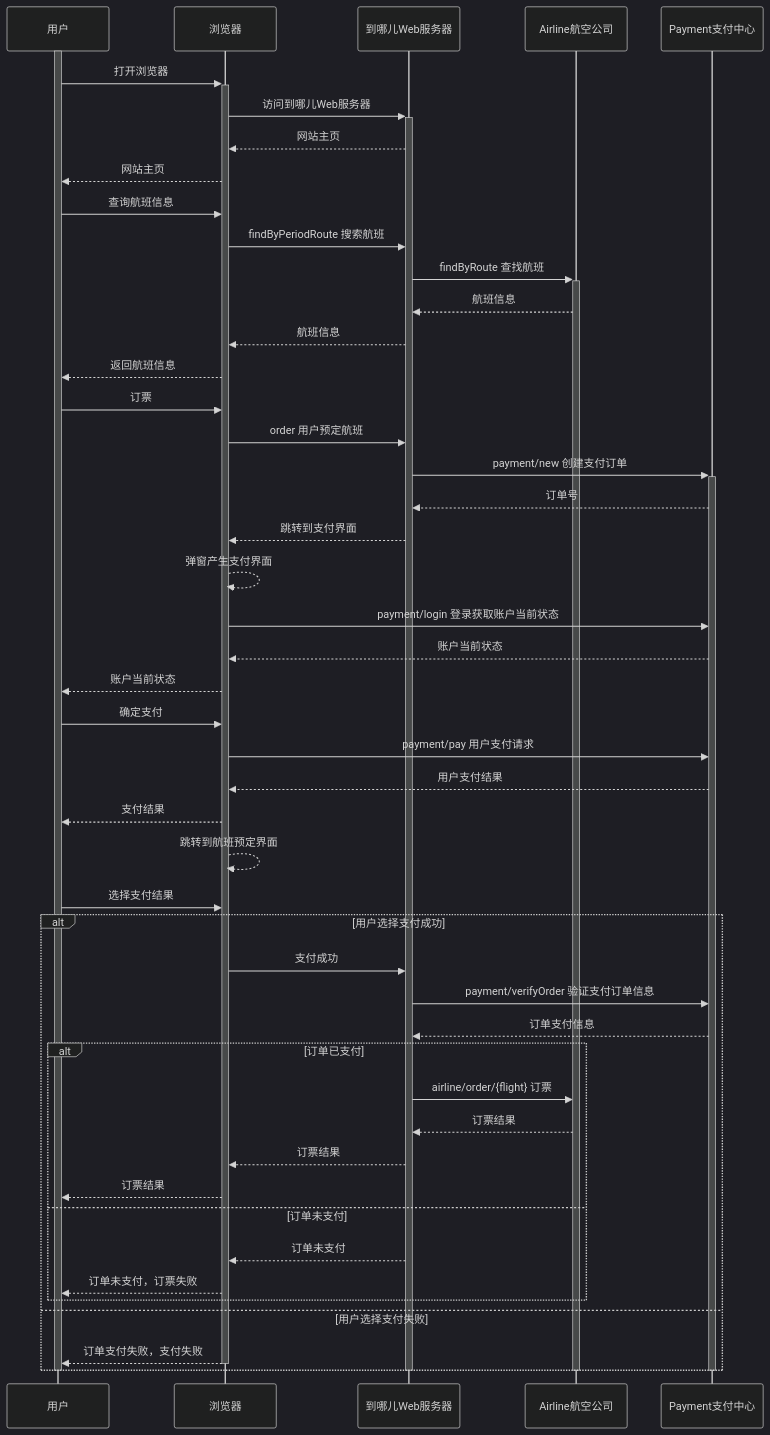
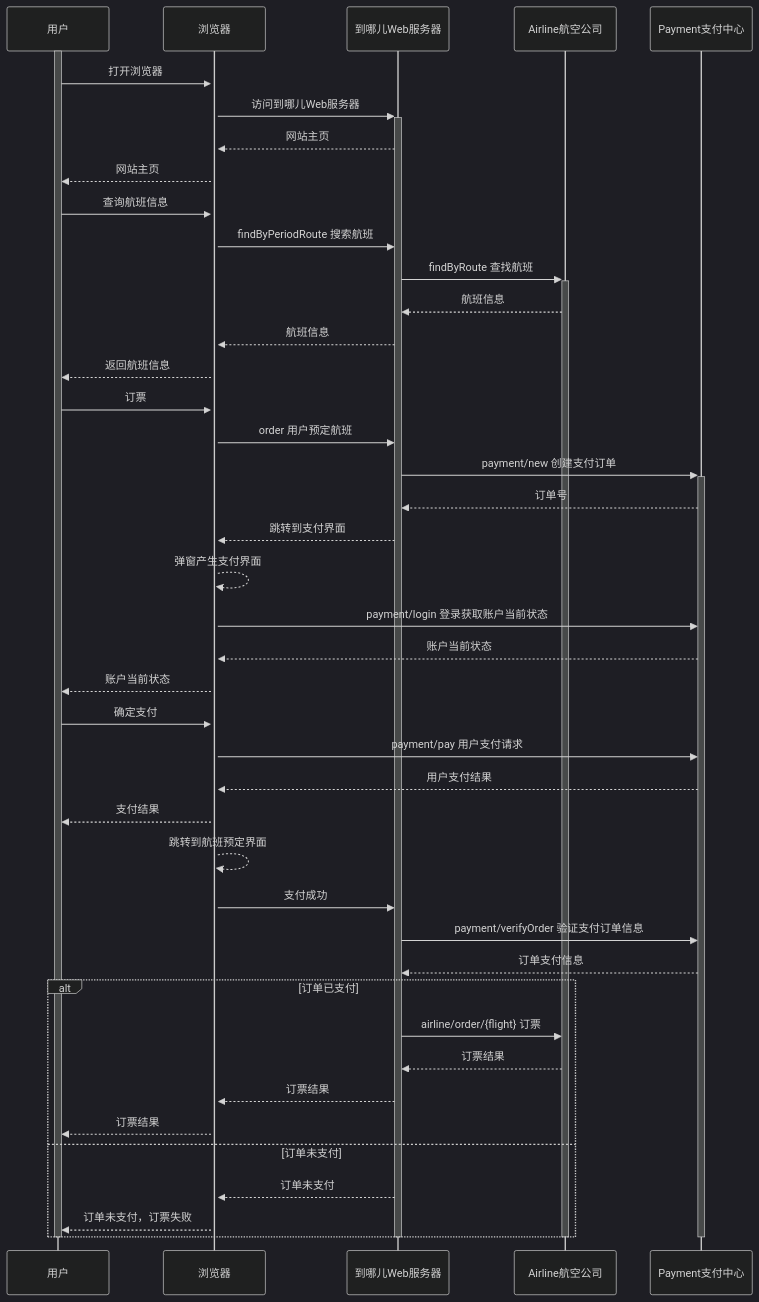
The second of 2 diagrams in README.md (caoergou/airlineReservationSystem), drawn with Mermaid (dark theme) before and after one commit. The commit also changed other lines of this file, not shown here.

````diff
--- a/README.md
+++ b/README.md
@@ -34,60 +45,57 @@
 ``` mermaid
 sequenceDiagram
 participant 用户
 participant 浏览器
 participant 到哪儿Web服务器
 participant Airline航空公司
 participant Payment支付中心
 
 activate 用户
 
 用户->>+浏览器:打开浏览器
 浏览器->>+到哪儿Web服务器:访问到哪儿Web服务器
 到哪儿Web服务器-->>浏览器:网站主页
 浏览器-->>用户:网站主页
 
 用户->>浏览器:查询航班信息
 浏览器->>到哪儿Web服务器:findByPeriodRoute 搜索航班 
 到哪儿Web服务器->>+Airline航空公司:findByRoute 查找航班
 Airline航空公司-->>到哪儿Web服务器:航班信息
 到哪儿Web服务器-->>浏览器:航班信息
 浏览器-->>用户:返回航班信息
 
 用户->>浏览器:订票
 浏览器->>到哪儿Web服务器:order 用户预定航班
 到哪儿Web服务器->>+Payment支付中心:payment/new 创建支付订单
 Payment支付中心-->>到哪儿Web服务器:订单号
 到哪儿Web服务器-->>浏览器:跳转到支付界面
 浏览器-->>浏览器:弹窗产生支付界面
 浏览器->>Payment支付中心:payment/login 登录获取账户当前状态
 Payment支付中心-->>浏览器:账户当前状态
 浏览器-->>用户:账户当前状态
 
 用户->>浏览器:确定支付
 浏览器->>Payment支付中心:payment/pay 用户支付请求
 Payment支付中心-->>浏览器:用户支付结果
 浏览器-->>用户:支付结果
 浏览器-->>浏览器:跳转到航班预定界面
-用户->>浏览器:选择支付结果
-alt 用户选择支付成功
+
 浏览器->>到哪儿Web服务器:支付成功
 到哪儿Web服务器->>Payment支付中心:payment/verifyOrder 验证支付订单信息
 Payment支付中心-->>到哪儿Web服务器:订单支付信息
 alt 订单已支付
 到哪儿Web服务器->>Airline航空公司:airline/order/{flight} 订票
 Airline航空公司-->>到哪儿Web服务器:订票结果
 到哪儿Web服务器-->>浏览器:订票结果
 浏览器-->>用户:订票结果
 else 订单未支付
 到哪儿Web服务器-->>浏览器:订单未支付
 浏览器-->>用户:订单未支付，订票失败
 end
-else 用户选择支付失败
-浏览器-->>-用户:订单支付失败，支付失败
-end
+
 
 deactivate Airline航空公司
 deactivate Payment支付中心
 deactivate 到哪儿Web服务器
 deactivate 用户
 ```
````
